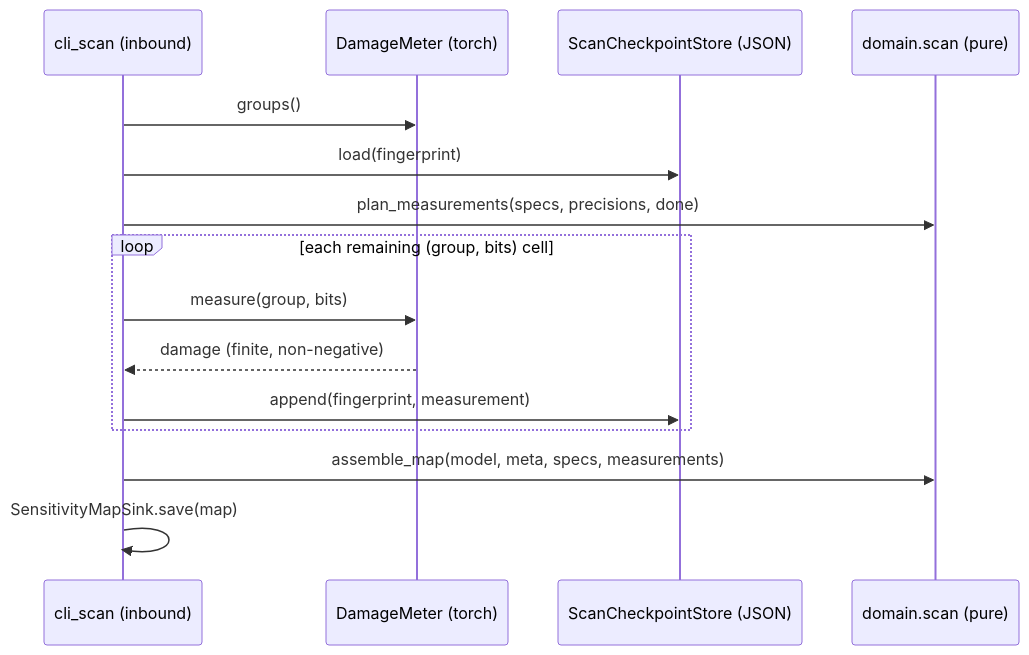
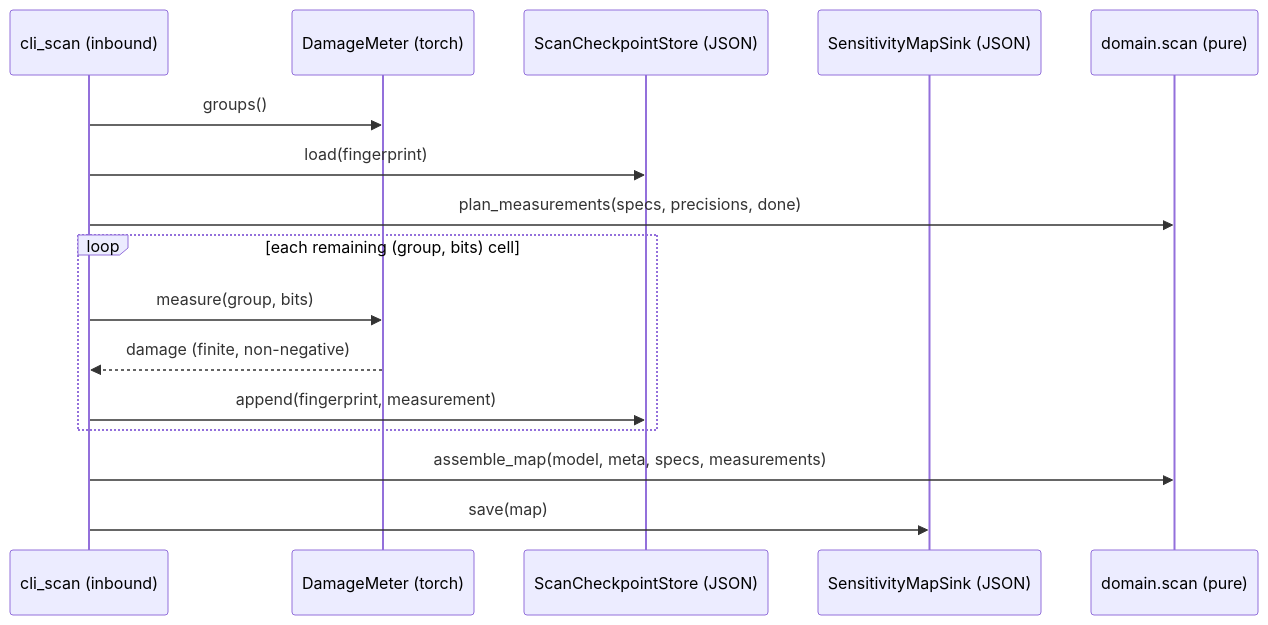
One commit to Alberto-Codes/vramfit changed the third of 3 diagrams in docs/explanation/architecture.md. Above: the diagram before and after it, drawn with Mermaid. The commit also changed 1 other file, not shown here.

Commit message:
docs(docs): apply Copilot review — glossary term, sink participant
The tutorial says damage instead of divergence per the glossary, and
the scan-loop sequence diagram gains a distinct SensitivityMapSink
participant instead of a self-call.

````diff
--- a/docs/explanation/architecture.md
+++ b/docs/explanation/architecture.md
@@ -90,17 +90,18 @@
 ```mermaid
 sequenceDiagram
     participant CLI as cli_scan (inbound)
     participant M as DamageMeter (torch)
     participant S as ScanCheckpointStore (JSON)
+    participant K as SensitivityMapSink (JSON)
     participant D as domain.scan (pure)
     CLI->>M: groups()
     CLI->>S: load(fingerprint)
     CLI->>D: plan_measurements(specs, precisions, done)
     loop each remaining (group, bits) cell
         CLI->>M: measure(group, bits)
         M-->>CLI: damage (finite, non-negative)
         CLI->>S: append(fingerprint, measurement)
     end
     CLI->>D: assemble_map(model, meta, specs, measurements)
-    CLI->>CLI: SensitivityMapSink.save(map)
+    CLI->>K: save(map)
 ```
````
